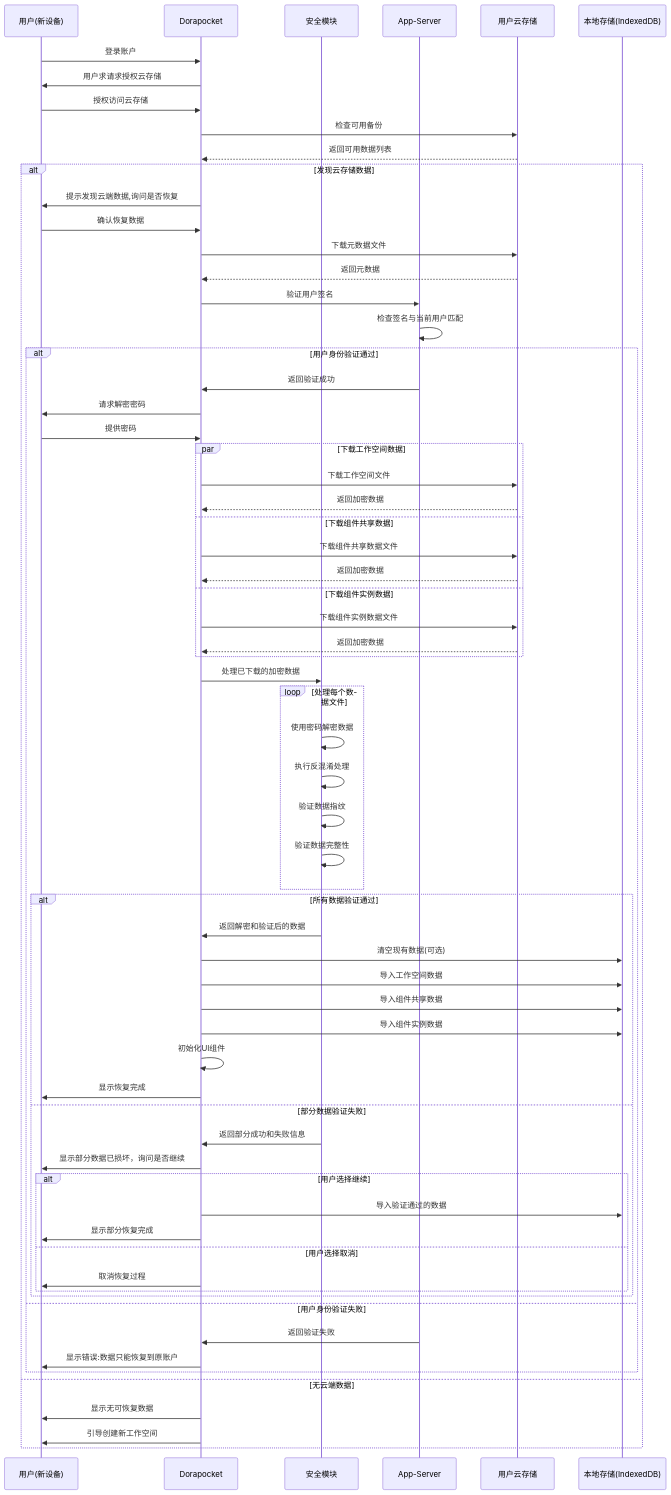
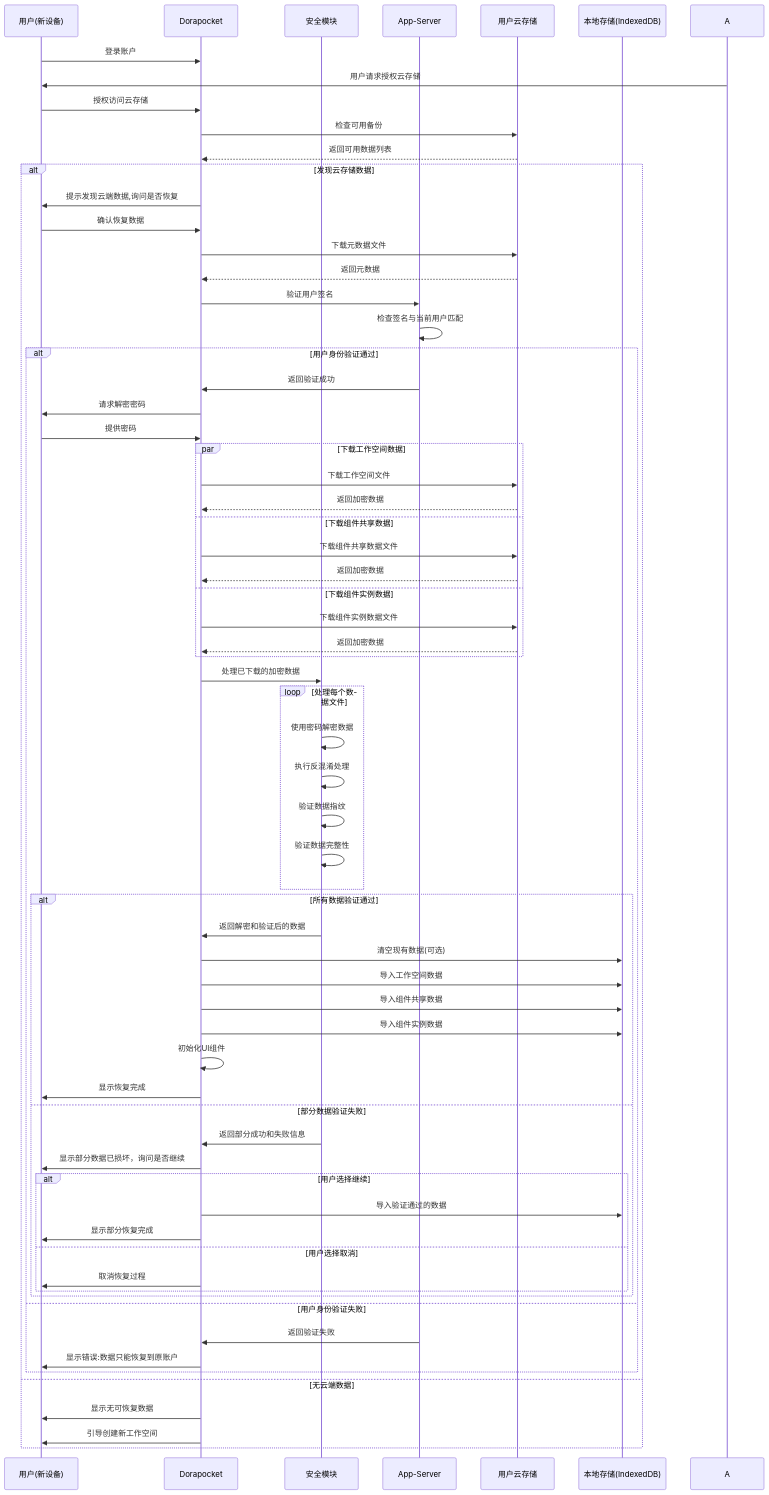
The diagram in all/未命名-34.md (yingjianzh/iodraw-files), drawn with Mermaid before and after one commit.

Commit message:
2025-04-17 17:05:10 update

````diff
--- a/all/未命名-34.md
+++ b/all/未命名-34.md
@@ -1,81 +1,81 @@
 ```mermaid
 sequenceDiagram
     participant User as 用户(新设备)
     participant App as Dorapocket
     participant Security as 安全模块
     participant AppServer as App-Server
     participant UserCloud as 用户云存储
     participant LocalDB as 本地存储(IndexedDB)
     
     User->>App: 登录账户
-    App->>User: 用户求请求授权云存储
+    A->>User: 用户请求授权云存储
     User->>App: 授权访问云存储
     
     App->>UserCloud: 检查可用备份
     UserCloud-->>App: 返回可用数据列表
     
     alt 发现云存储数据
         App->>User: 提示发现云端数据,询问是否恢复
         User->>App: 确认恢复数据
         
         App->>UserCloud: 下载元数据文件
         UserCloud-->>App: 返回元数据
         
         App->>AppServer: 验证用户签名
         AppServer->>AppServer: 检查签名与当前用户匹配
         
         alt 用户身份验证通过
             AppServer->>App: 返回验证成功
             
             App->>User: 请求解密密码
             User->>App: 提供密码
             
             par 下载工作空间数据
                 App->>UserCloud: 下载工作空间文件
                 UserCloud-->>App: 返回加密数据
             and 下载组件共享数据
                 App->>UserCloud: 下载组件共享数据文件
                 UserCloud-->>App: 返回加密数据
             and 下载组件实例数据
                 App->>UserCloud: 下载组件实例数据文件
                 UserCloud-->>App: 返回加密数据
             end
             
             App->>Security: 处理已下载的加密数据
             loop 处理每个数据文件
                 Security->>Security: 使用密码解密数据
                 Security->>Security: 执行反混淆处理
                 Security->>Security: 验证数据指纹
                 Security->>Security: 验证数据完整性
             end
             
             alt 所有数据验证通过
                 Security->>App: 返回解密和验证后的数据
                 
                 App->>LocalDB: 清空现有数据(可选)
                 App->>LocalDB: 导入工作空间数据
                 App->>LocalDB: 导入组件共享数据
                 App->>LocalDB: 导入组件实例数据
                 
                 App->>App: 初始化UI组件
                 App->>User: 显示恢复完成
             else 部分数据验证失败
                 Security->>App: 返回部分成功和失败信息
                 App->>User: 显示部分数据已损坏，询问是否继续
                 
                 alt 用户选择继续
                     App->>LocalDB: 导入验证通过的数据
                     App->>User: 显示部分恢复完成
                 else 用户选择取消
                     App->>User: 取消恢复过程
                 end
             end
         else 用户身份验证失败
             AppServer->>App: 返回验证失败
             App->>User: 显示错误:数据只能恢复到原账户
         end
     else 无云端数据
         App->>User: 显示无可恢复数据
         App->>User: 引导创建新工作空间
     end
 ```
````
